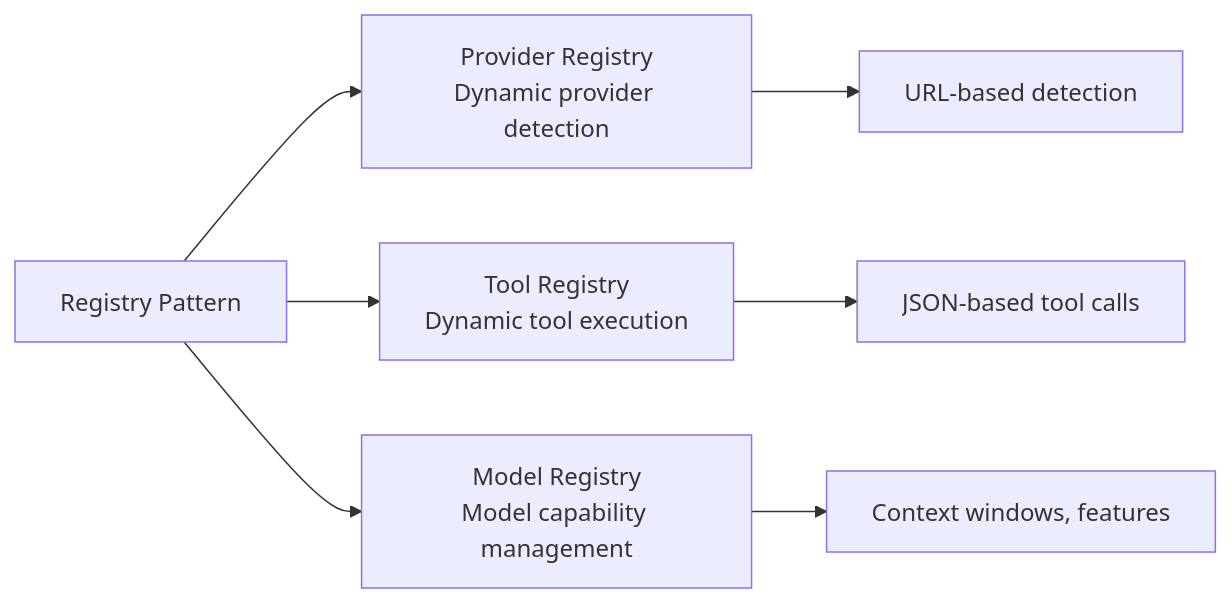
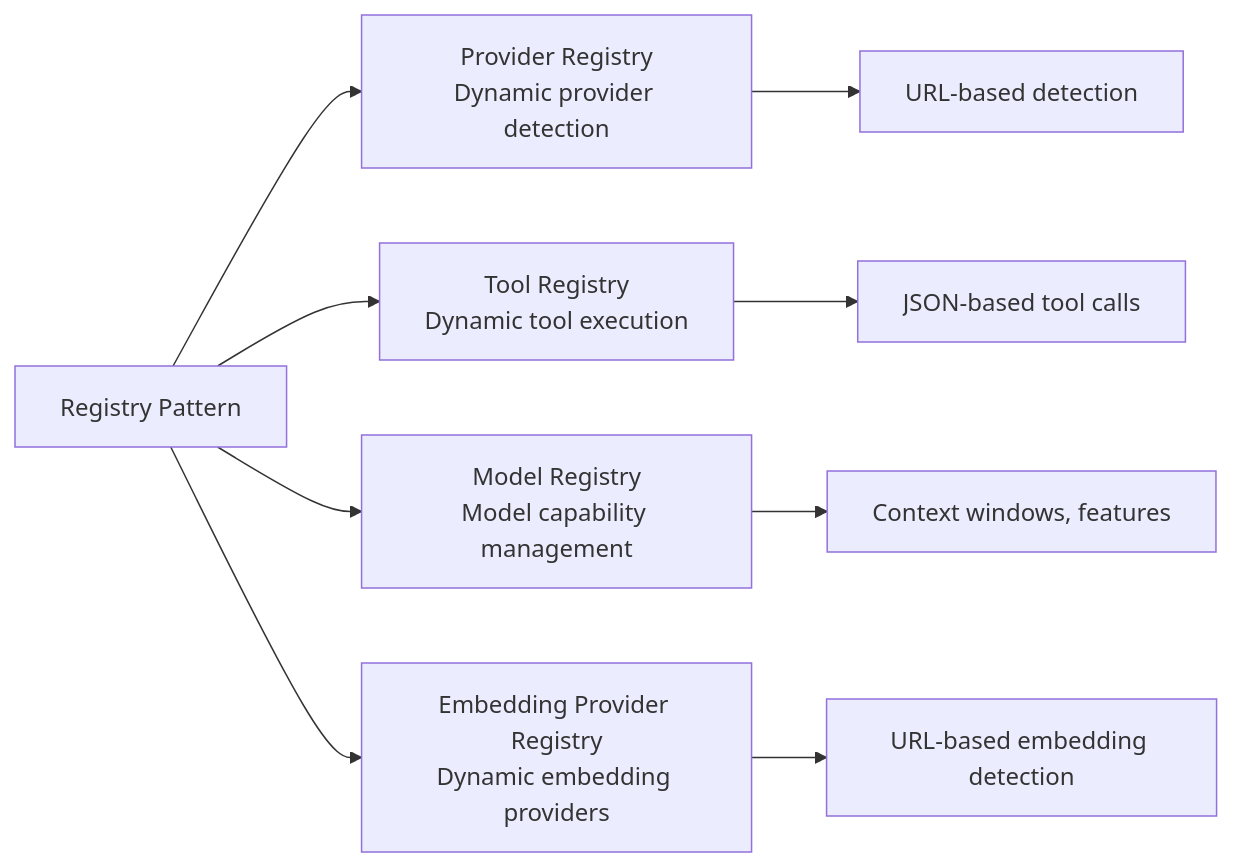
The third of 12 diagrams in ARCHITECTURE.md (tgittos/scaffold), drawn with Mermaid before and after one commit. The commit also changed other lines of this file and 5 other files, not shown here.

````diff
--- a/ARCHITECTURE.md
+++ b/ARCHITECTURE.md
@@ -179,10 +205,12 @@
 ```mermaid
 graph LR
     Registry[Registry Pattern] --> PR[Provider Registry<br/>Dynamic provider detection]
     Registry --> TR[Tool Registry<br/>Dynamic tool execution]
     Registry --> MR[Model Registry<br/>Model capability management]
-    
+    Registry --> ER[Embedding Provider Registry<br/>Dynamic embedding providers]
+
     PR --> Detection[URL-based detection]
     TR --> Execution[JSON-based tool calls]
     MR --> Capabilities[Context windows, features]
+    ER --> EmbedDetection[URL-based embedding detection]
 ```
````
